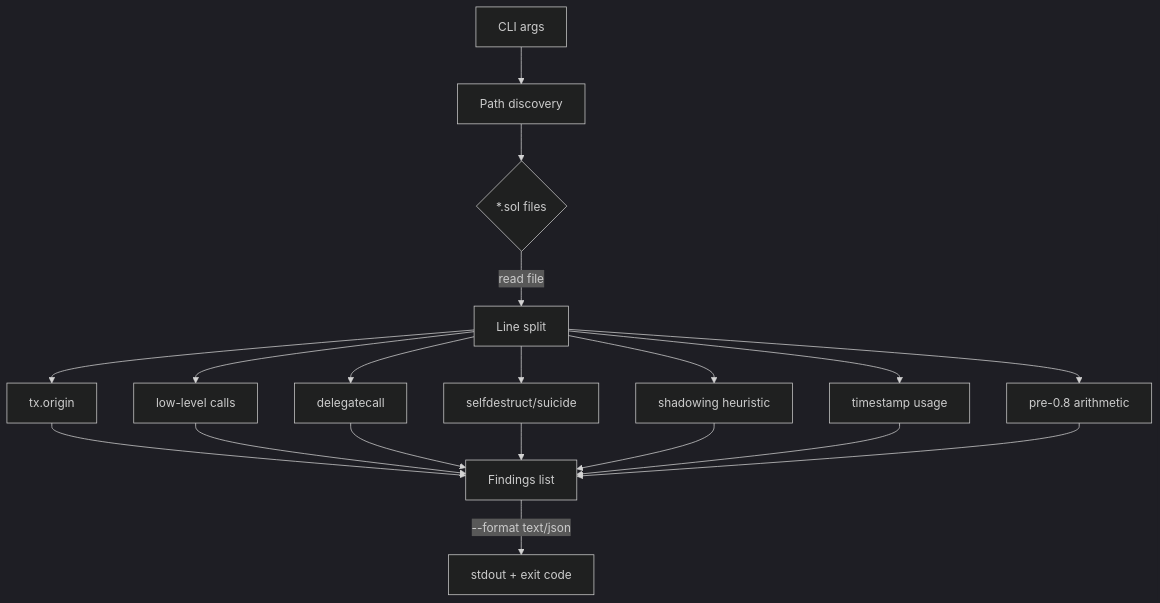
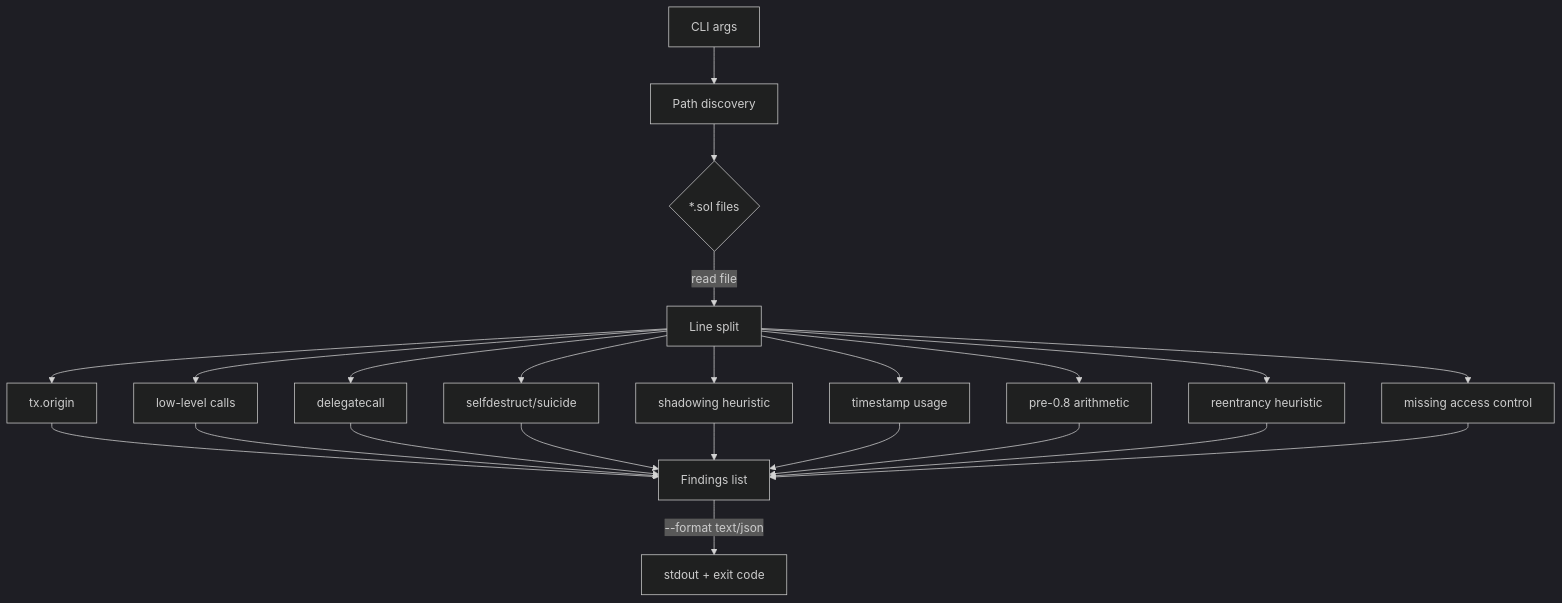
One commit to SibghatUllah1997/audit-agent-py changed the diagram in README.md. Above: the diagram before and after it, drawn with Mermaid (dark theme). The commit also changed other lines of this file, not shown here.

````diff
--- a/README.md
+++ b/README.md
@@ -95,15 +103,17 @@
 ```mermaid
 flowchart TD
     A[CLI args] --> B[Path discovery]
     B --> C{*.sol files}
     C -->|read file| D[Line split]
     D --> E1[tx.origin]
     D --> E2[low-level calls]
     D --> E3[delegatecall]
     D --> E4[selfdestruct/suicide]
     D --> E5[shadowing heuristic]
     D --> E6[timestamp usage]
     D --> E7[pre-0.8 arithmetic]
-    E1 & E2 & E3 & E4 & E5 & E6 & E7 --> F[Findings list]
+    D --> E8[reentrancy heuristic]
+    D --> E9[missing access control]
+    E1 & E2 & E3 & E4 & E5 & E6 & E7 & E8 & E9 --> F[Findings list]
     F -->|--format text/json| G[stdout + exit code]
 ```
````
